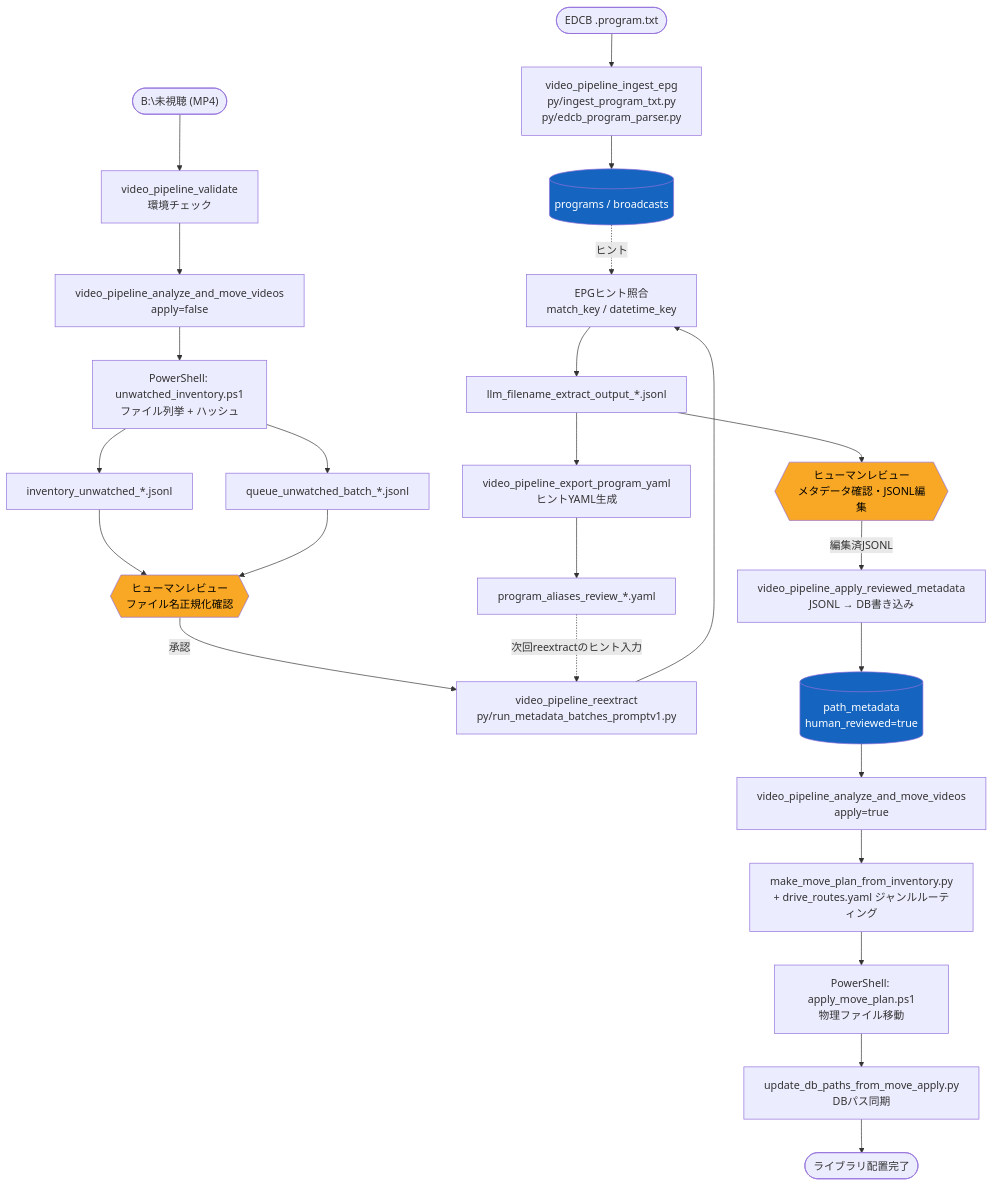
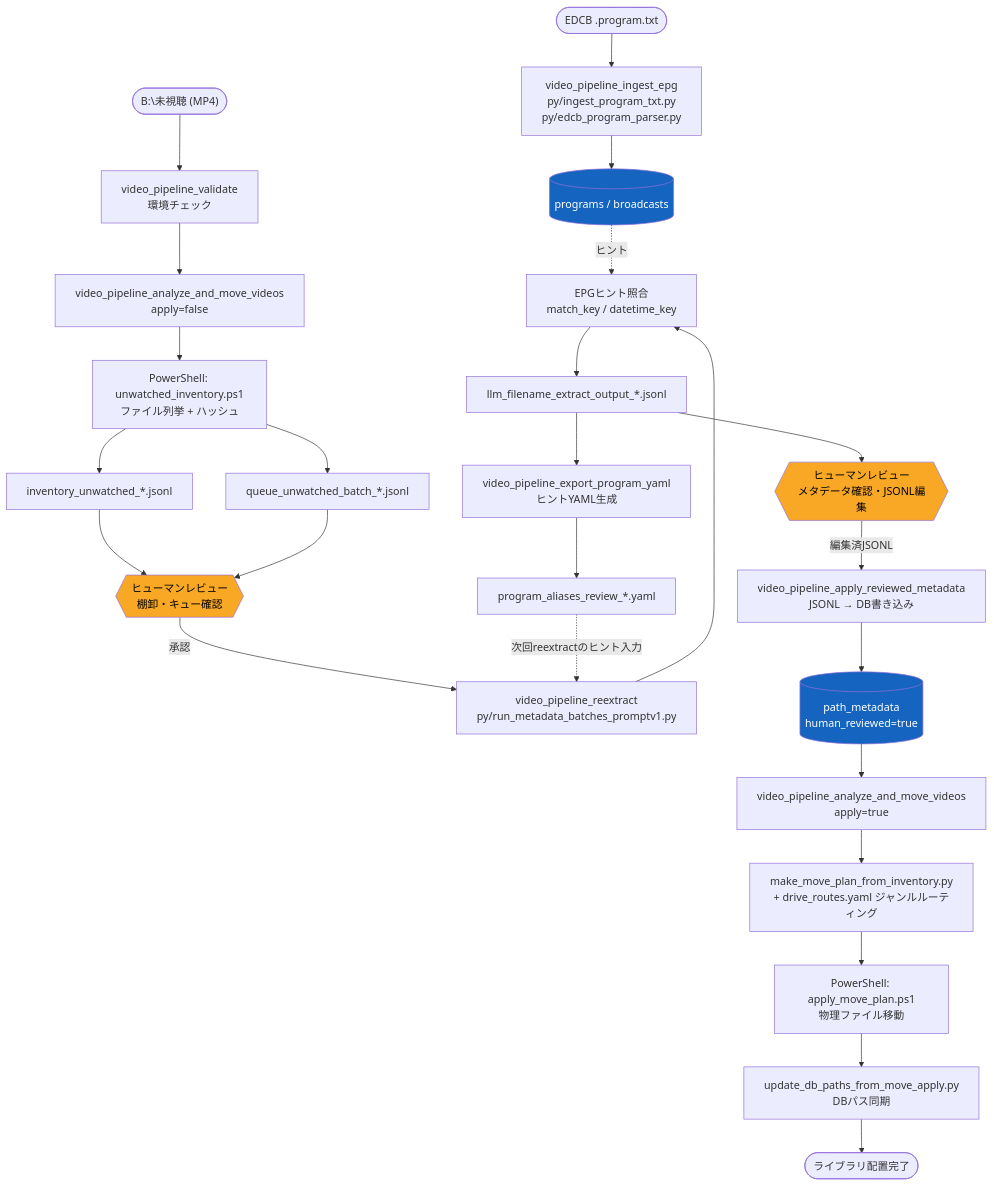
The third of 10 diagrams in README.md (NEXTAltair/video-library-pipeline), drawn with Mermaid before and after one commit. The commit also changed other lines of this file and 4 other files, not shown here.

````diff
--- a/README.md
+++ b/README.md
@@ -113,55 +113,55 @@
 ```mermaid
 flowchart TD
     %% ── 前処理: EPG ──
     EPG_START(["EDCB .program.txt"])
     EPG_INGEST["video_pipeline_ingest_epg<br/>py/ingest_program_txt.py<br/>py/edcb_program_parser.py"]
     EPG_DB[("programs / broadcasts")]
     EPG_START --> EPG_INGEST --> EPG_DB
 
     %% ── Stage 1: Normalize ──
     S1_IN(["B:\未視聴 (MP4)"])
     S1_VALIDATE["video_pipeline_validate<br/>環境チェック"]
     S1_RUN["video_pipeline_analyze_and_move_videos<br/>apply=false"]
     S1_PS_INV["PowerShell: unwatched_inventory.ps1<br/>ファイル列挙 + ハッシュ"]
     S1_OUT_INV["inventory_unwatched_*.jsonl"]
     S1_OUT_Q["queue_unwatched_batch_*.jsonl"]
-    S1_GATE{{"ヒューマンレビュー<br/>ファイル名正規化確認"}}
+    S1_GATE{{"ヒューマンレビュー<br/>棚卸・キュー確認"}}
 
     S1_IN --> S1_VALIDATE --> S1_RUN
     S1_RUN --> S1_PS_INV
     S1_PS_INV --> S1_OUT_INV & S1_OUT_Q
     S1_OUT_INV & S1_OUT_Q --> S1_GATE
 
     %% ── Stage 2: Extract ──
     S2_REEXTRACT["video_pipeline_reextract<br/>py/run_metadata_batches_promptv1.py"]
     S2_EPG_MATCH["EPGヒント照合<br/>match_key / datetime_key"]
     S2_EXTRACT_OUT["llm_filename_extract_output_*.jsonl"]
     S2_EXPORT["video_pipeline_export_program_yaml<br/>ヒントYAML生成"]
     S2_YAML["program_aliases_review_*.yaml"]
     S2_GATE{{"ヒューマンレビュー<br/>メタデータ確認・JSONL編集"}}
     S2_APPLY["video_pipeline_apply_reviewed_metadata<br/>JSONL → DB書き込み"]
     S2_DB[("path_metadata<br/>human_reviewed=true")]
 
     S1_GATE -->|承認| S2_REEXTRACT
     EPG_DB -.->|ヒント| S2_EPG_MATCH
     S2_REEXTRACT --> S2_EPG_MATCH --> S2_EXTRACT_OUT
     S2_EXTRACT_OUT --> S2_EXPORT --> S2_YAML
     S2_YAML -.->|次回reextractのヒント入力| S2_REEXTRACT
     S2_EXTRACT_OUT --> S2_GATE
     S2_GATE -->|編集済JSONL| S2_APPLY --> S2_DB
 
     %% ── Stage 3: Move ──
     S3_RUN["video_pipeline_analyze_and_move_videos<br/>apply=true"]
     S3_PLAN["make_move_plan_from_inventory.py<br/>+ drive_routes.yaml ジャンルルーティング"]
     S3_PS_MOVE["PowerShell: apply_move_plan.ps1<br/>物理ファイル移動"]
     S3_DB_SYNC["update_db_paths_from_move_apply.py<br/>DBパス同期"]
     S3_DONE(["ライブラリ配置完了"])
 
     S2_DB --> S3_RUN --> S3_PLAN --> S3_PS_MOVE --> S3_DB_SYNC --> S3_DONE
 
     %% スタイル
     style S1_GATE fill:#f9a825,color:#000
     style S2_GATE fill:#f9a825,color:#000
     style EPG_DB fill:#1565c0,color:#fff
     style S2_DB fill:#1565c0,color:#fff
 ```
````
